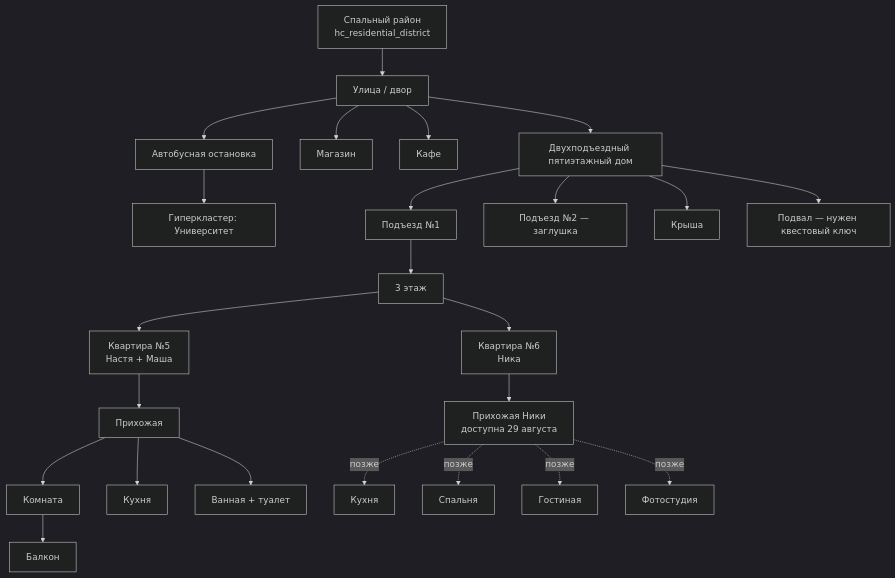
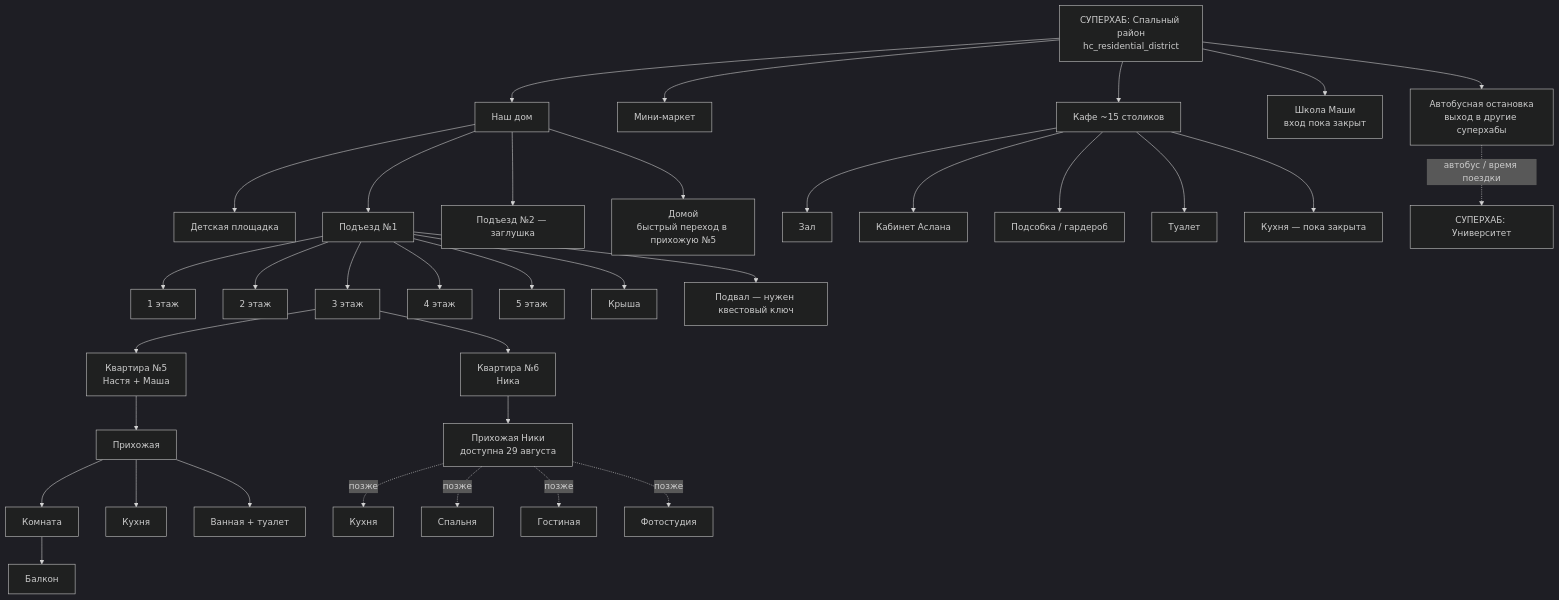
The diagram in docs/graphs/residential_district.mmd (Porterianin/Nastya_Story), drawn with Mermaid (dark theme) before and after one commit.

Commit message:
Refine residential world graph

```diff
--- a/docs/graphs/residential_district.mmd
+++ b/docs/graphs/residential_district.mmd
@@ -1,36 +1,51 @@
 flowchart TD
-    RD["Спальный район\nhc_residential_district"]
-    Street["Улица / двор"]
-    House["Двухподъездный пятиэтажный дом"]
-    Shop["Магазин"]
-    Cafe["Кафе"]
-    Stop["Автобусная остановка"]
-    University["Гиперкластер: Университет"]
+    RD["СУПЕРХАБ: Спальный район\nhc_residential_district"]
 
-    RD --> Street
-    Street --> House
-    Street --> Shop
-    Street --> Cafe
-    Street --> Stop
-    Stop --> University
+    House["Наш дом"]
+    Shop["Мини-маркет"]
+    Cafe["Кафе ~15 столиков"]
+    School["Школа Маши\nвход пока закрыт"]
+    Stop["Автобусная остановка\nвыход в другие суперхабы"]
+    Playground["Детская площадка"]
+
+    RD --> House
+    RD --> Shop
+    RD --> Cafe
+    RD --> School
+    RD --> Stop
 
     House --> Entrance1["Подъезд №1"]
     House --> Entrance2["Подъезд №2 — заглушка"]
-    House --> Roof["Крыша"]
-    House --> Basement["Подвал — нужен квестовый ключ"]
+    House --> Playground
+    House --> Home["Домой\nбыстрый переход в прихожую №5"]
 
+    Entrance1 --> Floor1["1 этаж"]
+    Entrance1 --> Floor2["2 этаж"]
     Entrance1 --> Floor3["3 этаж"]
+    Entrance1 --> Floor4["4 этаж"]
+    Entrance1 --> Floor5["5 этаж"]
+    Entrance1 --> Roof["Крыша"]
+    Entrance1 --> Basement["Подвал — нужен квестовый ключ"]
+
     Floor3 --> Apt5["Квартира №5\nНастя + Маша"]
     Floor3 --> Apt6["Квартира №6\nНика"]
 
     Apt5 --> Hall["Прихожая"]
     Hall --> Room["Комната"]
     Hall --> Kitchen["Кухня"]
     Hall --> Bathroom["Ванная + туалет"]
     Room --> Balcony["Балкон"]
 
     Apt6 --> NikaHall["Прихожая Ники\nдоступна 29 августа"]
     NikaHall -. позже .-> NikaKitchen["Кухня"]
     NikaHall -. позже .-> NikaBedroom["Спальня"]
     NikaHall -. позже .-> NikaLiving["Гостиная"]
     NikaHall -. позже .-> Studio["Фотостудия"]
+
+    Cafe --> CafeHall["Зал"]
+    Cafe --> AslanOffice["Кабинет Аслана"]
+    Cafe --> Backroom["Подсобка / гардероб"]
+    Cafe --> CafeToilet["Туалет"]
+    Cafe --> CafeKitchen["Кухня — пока закрыта"]
+
+    Stop -. "автобус / время поездки" .-> University["СУПЕРХАБ: Университет"]
```
